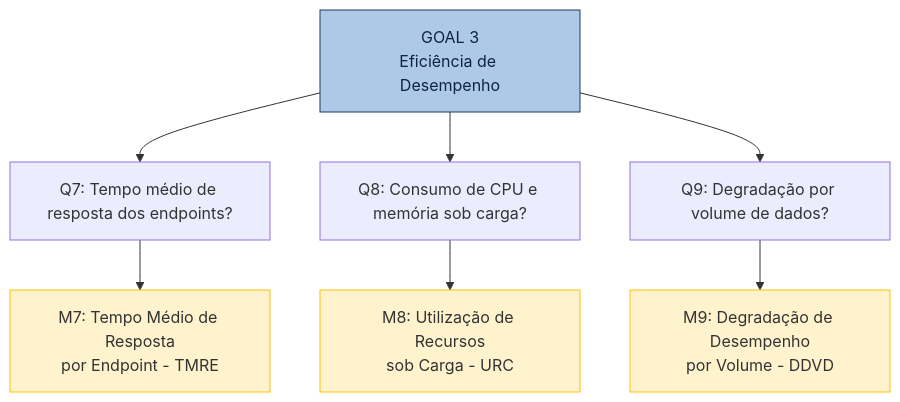
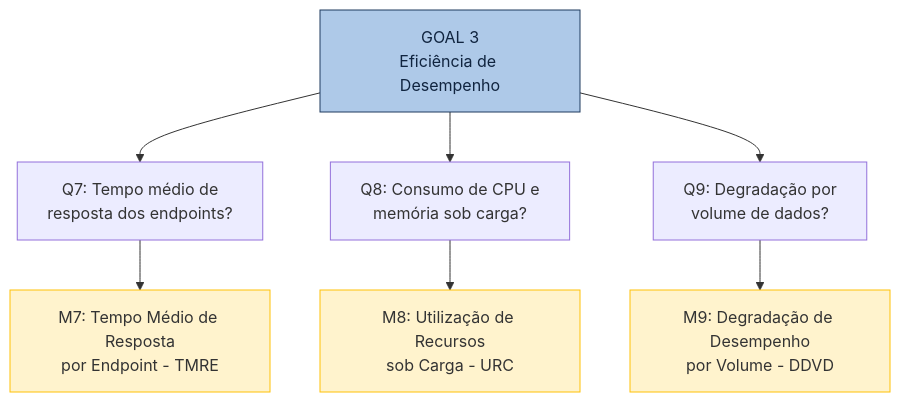
The diagram in docs/fase2/eficiencia_desempenho.md (FCTE-Qualidade-de-Software-1/2026-1_T01_FRANS_BILAS), drawn with Mermaid before and after one commit. The commit also changed other lines of this file and 3 other files, not shown here.

````diff
--- a/docs/fase2/eficiencia_desempenho.md
+++ b/docs/fase2/eficiencia_desempenho.md
@@ -24,15 +24,15 @@
 ```mermaid
 graph TD
     G3["GOAL 3<br>Eficiência de Desempenho"]
-    G3 --> Q7["Q7: Tempo médio de resposta dos endpoints?"]
-    G3 --> Q8["Q8: Consumo de CPU e memória sob carga?"]
-    G3 --> Q9["Q9: Degradação por volume de dados?"]
+    G3 --> Q7["Q7: Tempo médio de<br>resposta dos endpoints?"]
+    G3 --> Q8["Q8: Consumo de CPU e<br>memória sob carga?"]
+    G3 --> Q9["Q9: Degradação por<br>volume de dados?"]
     Q7 --> M7["M7: Tempo Médio de Resposta<br>por Endpoint - TMRE"]
     Q8 --> M8["M8: Utilização de Recursos<br>sob Carga - URC"]
     Q9 --> M9["M9: Degradação de Desempenho<br>por Volume - DDVD"]
 
     style G3 fill:#AEC9E8,stroke:#1E3A5F,color:#10243F
     style M7 fill:#fff3cd,stroke:#ffc107
     style M8 fill:#fff3cd,stroke:#ffc107
     style M9 fill:#fff3cd,stroke:#ffc107
 ```
````
